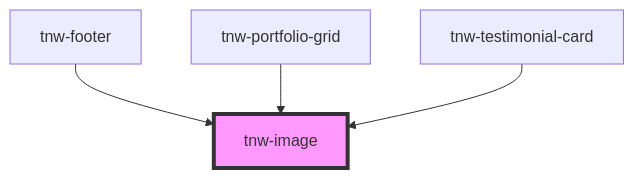
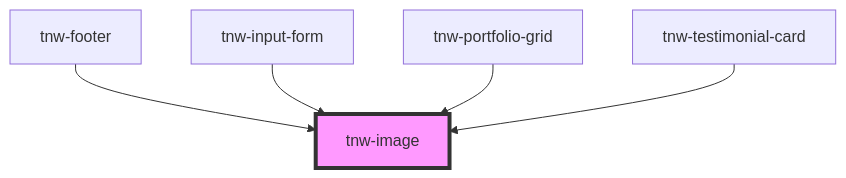
Before and after one commit to technway/technway-component-library: the diagram in packages/stencil-library/src/components/tnw-image/readme.md, drawn with Mermaid. The commit also changed other lines of this file and 47 other files, not shown here.

````diff
--- a/packages/stencil-library/src/components/tnw-image/readme.md
+++ b/packages/stencil-library/src/components/tnw-image/readme.md
@@ -90,7 +91,8 @@
 ```mermaid
 graph TD;
   tnw-footer --> tnw-image
+  tnw-input-form --> tnw-image
   tnw-portfolio-grid --> tnw-image
   tnw-testimonial-card --> tnw-image
   style tnw-image fill:#f9f,stroke:#333,stroke-width:4px
 ```
````
